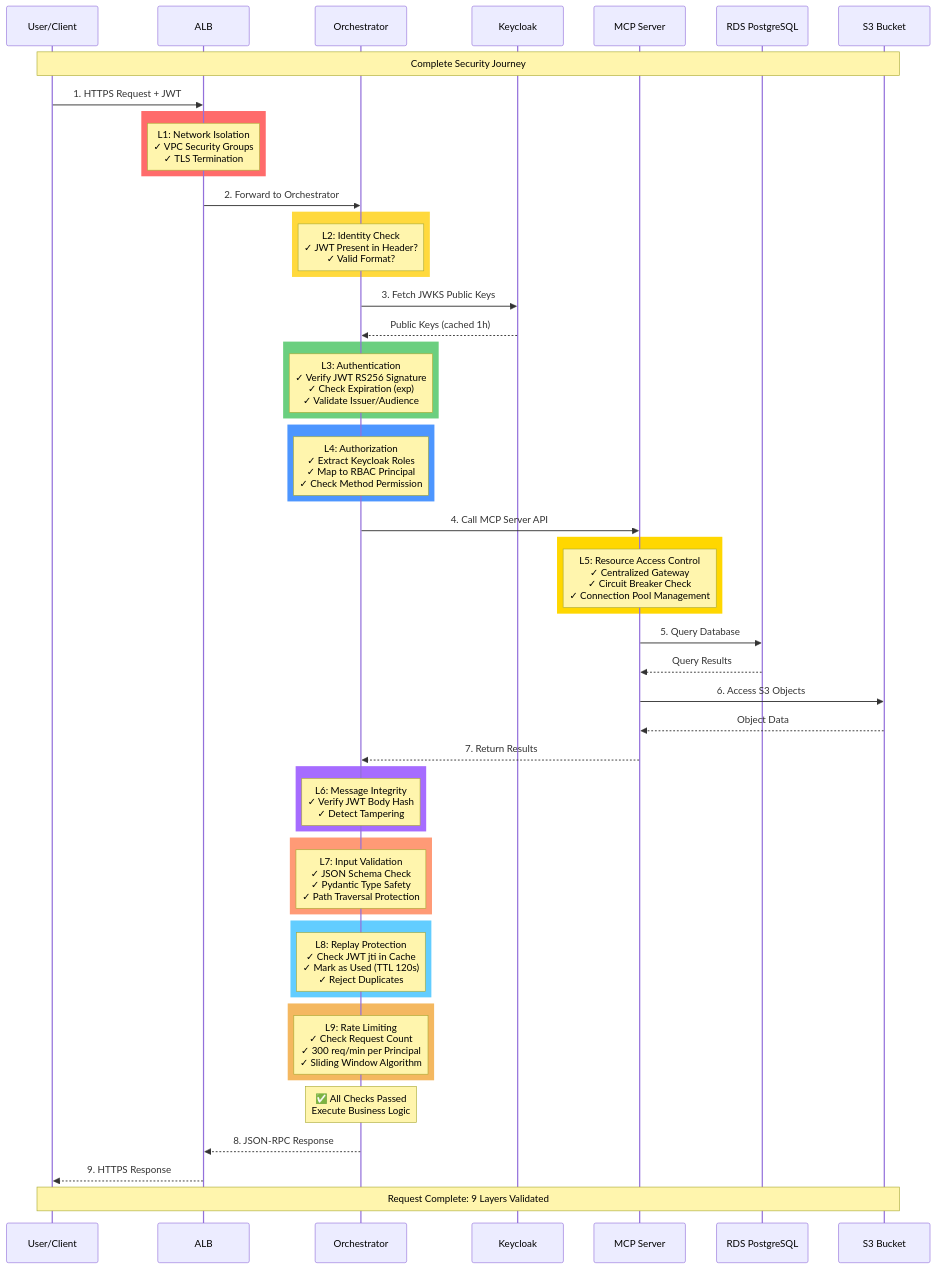
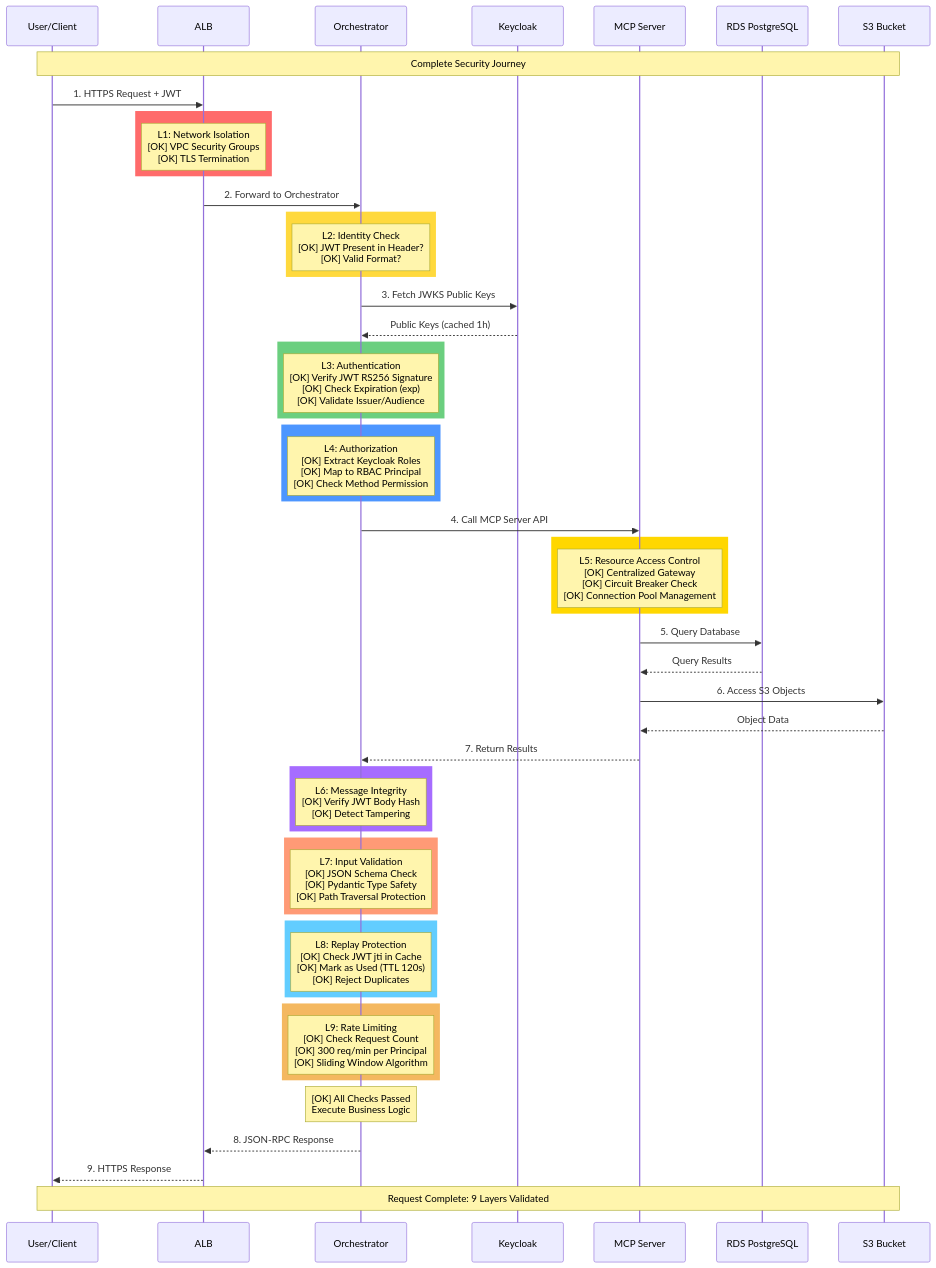
One commit to jaafar-benabderrazak/ca_a2a changed the third of 14 diagrams in A2A_SECURITY_ARCHITECTURE.md. Above: the diagram before and after it, drawn with Mermaid. The commit also changed other lines of this file, not shown here.

First line of the commit message:
Fix Mermaid diagrams for GitHub compatibility

````diff
--- a/A2A_SECURITY_ARCHITECTURE.md
+++ b/A2A_SECURITY_ARCHITECTURE.md
@@ -178,72 +178,72 @@
 ```mermaid
 sequenceDiagram
     participant User as User/Client
     participant ALB as ALB
     participant Orch as Orchestrator
     participant KC as Keycloak
     participant MCP as MCP Server
     participant RDS as RDS PostgreSQL
     participant S3 as S3 Bucket
 
     Note over User,S3: Complete Security Journey
 
     User->>ALB: 1. HTTPS Request + JWT
     
     rect rgb(255, 107, 107)
-    Note over ALB: L1: Network Isolation<br/>✓ VPC Security Groups<br/>✓ TLS Termination
+    Note over ALB: L1: Network Isolation<br/>[OK] VPC Security Groups<br/>[OK] TLS Termination
     end
     
     ALB->>Orch: 2. Forward to Orchestrator
     
     rect rgb(255, 217, 61)
-    Note over Orch: L2: Identity Check<br/>✓ JWT Present in Header?<br/>✓ Valid Format?
+    Note over Orch: L2: Identity Check<br/>[OK] JWT Present in Header?<br/>[OK] Valid Format?
     end
     
     Orch->>KC: 3. Fetch JWKS Public Keys
     KC-->>Orch: Public Keys (cached 1h)
     
     rect rgb(107, 207, 127)
-    Note over Orch: L3: Authentication<br/>✓ Verify JWT RS256 Signature<br/>✓ Check Expiration (exp)<br/>✓ Validate Issuer/Audience
+    Note over Orch: L3: Authentication<br/>[OK] Verify JWT RS256 Signature<br/>[OK] Check Expiration (exp)<br/>[OK] Validate Issuer/Audience
     end
     
     rect rgb(77, 150, 255)
-    Note over Orch: L4: Authorization<br/>✓ Extract Keycloak Roles<br/>✓ Map to RBAC Principal<br/>✓ Check Method Permission
+    Note over Orch: L4: Authorization<br/>[OK] Extract Keycloak Roles<br/>[OK] Map to RBAC Principal<br/>[OK] Check Method Permission
     end
     
     Orch->>MCP: 4. Call MCP Server API
     
     rect rgb(255, 215, 0)
-    Note over MCP: L5: Resource Access Control<br/>✓ Centralized Gateway<br/>✓ Circuit Breaker Check<br/>✓ Connection Pool Management
+    Note over MCP: L5: Resource Access Control<br/>[OK] Centralized Gateway<br/>[OK] Circuit Breaker Check<br/>[OK] Connection Pool Management
     end
     
     MCP->>RDS: 5. Query Database
     RDS-->>MCP: Query Results
     
     MCP->>S3: 6. Access S3 Objects
     S3-->>MCP: Object Data
     
     MCP-->>Orch: 7. Return Results
     
     rect rgb(166, 108, 255)
-    Note over Orch: L6: Message Integrity<br/>✓ Verify JWT Body Hash<br/>✓ Detect Tampering
+    Note over Orch: L6: Message Integrity<br/>[OK] Verify JWT Body Hash<br/>[OK] Detect Tampering
     end
     
     rect rgb(255, 154, 118)
-    Note over Orch: L7: Input Validation<br/>✓ JSON Schema Check<br/>✓ Pydantic Type Safety<br/>✓ Path Traversal Protection
+    Note over Orch: L7: Input Validation<br/>[OK] JSON Schema Check<br/>[OK] Pydantic Type Safety<br/>[OK] Path Traversal Protection
     end
     
     rect rgb(98, 205, 255)
-    Note over Orch: L8: Replay Protection<br/>✓ Check JWT jti in Cache<br/>✓ Mark as Used (TTL 120s)<br/>✓ Reject Duplicates
+    Note over Orch: L8: Replay Protection<br/>[OK] Check JWT jti in Cache<br/>[OK] Mark as Used (TTL 120s)<br/>[OK] Reject Duplicates
     end
     
     rect rgb(244, 184, 96)
-    Note over Orch: L9: Rate Limiting<br/>✓ Check Request Count<br/>✓ 300 req/min per Principal<br/>✓ Sliding Window Algorithm
+    Note over Orch: L9: Rate Limiting<br/>[OK] Check Request Count<br/>[OK] 300 req/min per Principal<br/>[OK] Sliding Window Algorithm
     end
     
-    Note over Orch: ✅ All Checks Passed<br/>Execute Business Logic
+    Note over Orch: [OK] All Checks Passed<br/>Execute Business Logic
     
     Orch-->>ALB: 8. JSON-RPC Response
     ALB-->>User: 9. HTTPS Response
     
     Note over User,S3: Request Complete: 9 Layers Validated
 ```
````
